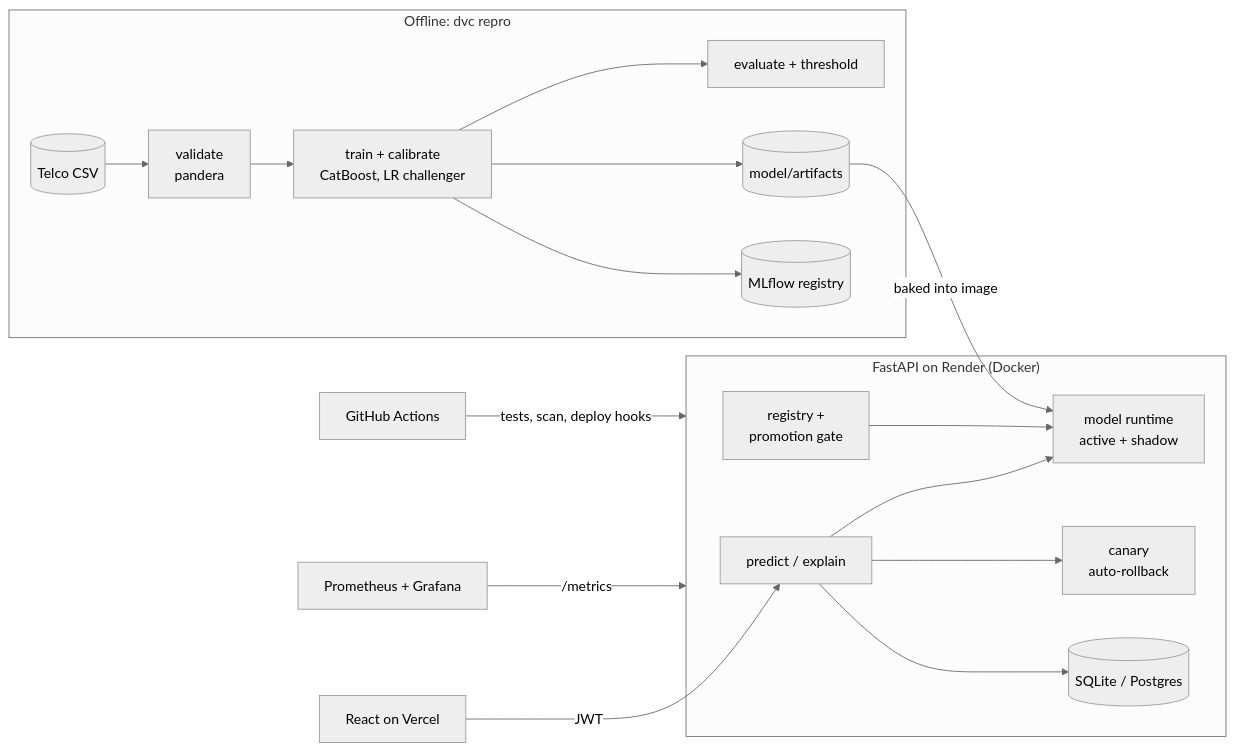
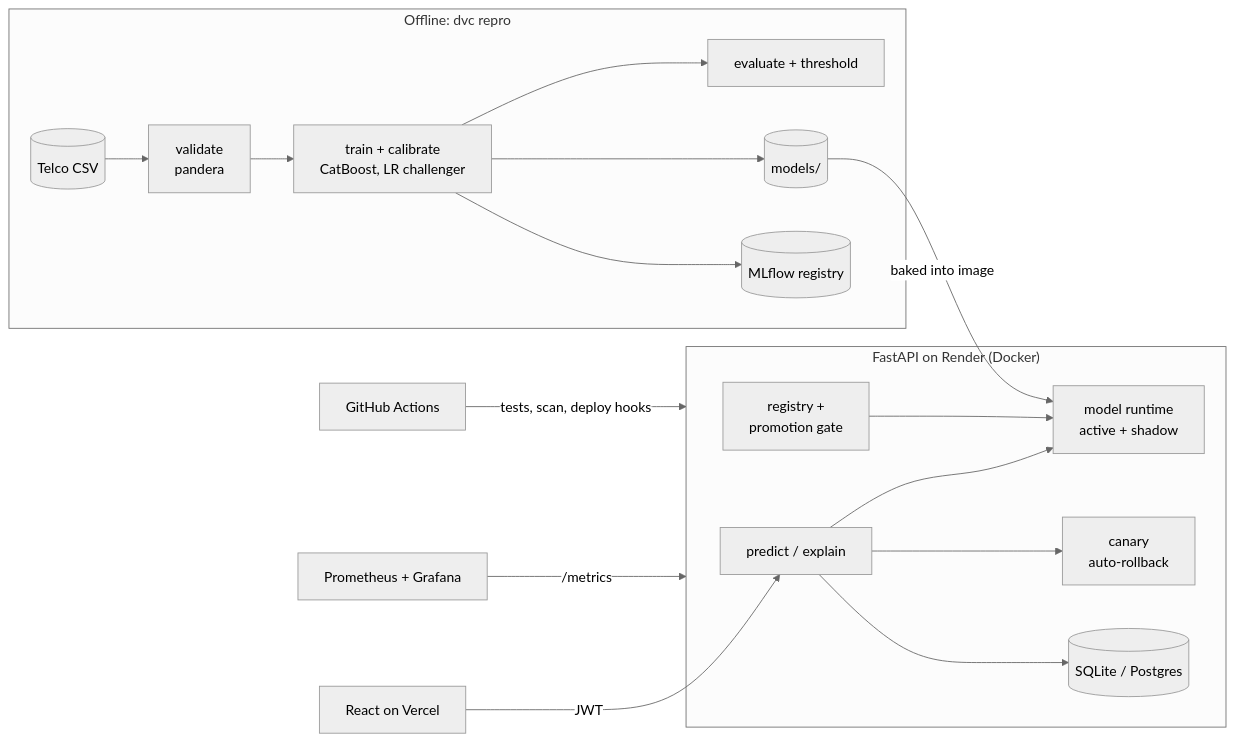
Before and after one commit to akhilgolepu/Customer-Churn-Prediction: the diagram in README.md, drawn with Mermaid (neutral theme). The commit also changed other lines of this file and 154 other files, not shown here.

````diff
--- a/README.md
+++ b/README.md
@@ -75,19 +75,19 @@
 ```mermaid
 flowchart LR
     subgraph Offline["Offline: dvc repro"]
         CSV[(Telco CSV)] --> V[validate<br/>pandera] --> T[train + calibrate<br/>CatBoost, LR challenger]
         T --> E[evaluate + threshold]
-        T --> ART[(model/artifacts)]
+        T --> ART[(models/)]
         T --> ML[(MLflow registry)]
     end
     subgraph API["FastAPI on Render (Docker)"]
         P[predict / explain] --> R[model runtime<br/>active + shadow]
         P --> C[canary<br/>auto-rollback]
         G[registry +<br/>promotion gate] --> R
         P --> DB[(SQLite / Postgres)]
     end
     FE[React on Vercel] -->|JWT| P
     ART -->|baked into image| R
     PROM[Prometheus + Grafana] -->|/metrics| API
     GH[GitHub Actions] -->|tests, scan, deploy hooks| API
 ```
````
